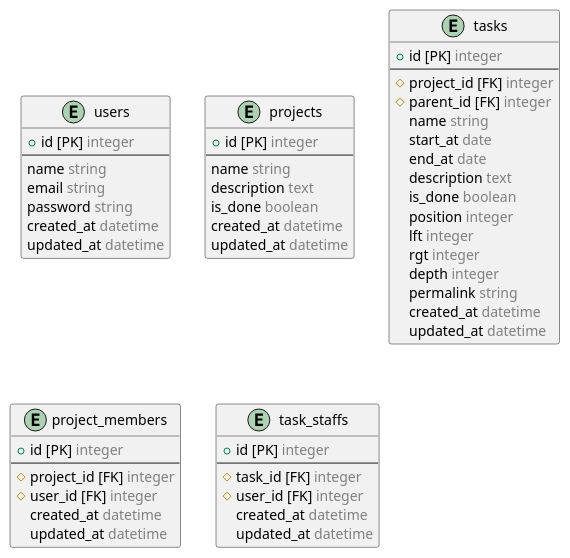
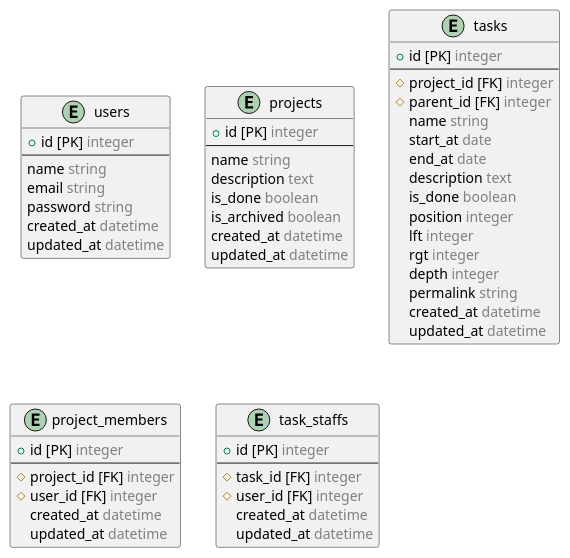
Before and after one commit to musashi-634/taskwith: the diagram in docs/erd/src/entity.pu, drawn with PlantUML. The commit also changed 3 other files, not shown here.

```diff
--- a/docs/erd/src/entity.pu
+++ b/docs/erd/src/entity.pu
@@ -1,60 +1,61 @@
 @startuml erd
 
   entity "users" {
     + id [PK] <color:gray>integer</color>
     --
     name <color:gray>string</color>
     email <color:gray>string</color>
     password <color:gray>string</color>
     created_at <color:gray>datetime</color>
     updated_at <color:gray>datetime</color>
   }
 
   entity "projects" {
     + id [PK] <color:gray>integer</color>
     --
     name <color:gray>string</color>
     description <color:gray>text</color>
     is_done <color:gray>boolean</color>
+    is_archived <color:gray>boolean</color>
     created_at <color:gray>datetime</color>
     updated_at <color:gray>datetime</color>
   }
 
   entity "tasks" {
     + id [PK] <color:gray>integer</color>
     --
     # project_id [FK] <color:gray>integer</color>
     # parent_id [FK] <color:gray>integer</color>
     name <color:gray>string</color>
     start_at <color:gray>date</color>
     end_at <color:gray>date</color>
     description <color:gray>text</color>
     is_done <color:gray>boolean</color>
     position <color:gray>integer</color>
     lft <color:gray>integer</color>
     rgt <color:gray>integer</color>
     depth <color:gray>integer</color>
     permalink <color:gray>string</color>
     created_at <color:gray>datetime</color>
     updated_at <color:gray>datetime</color>
   }
 
   entity "project_members" {
     + id [PK] <color:gray>integer</color>
     --
     # project_id [FK] <color:gray>integer</color>
     # user_id [FK] <color:gray>integer</color>
     created_at <color:gray>datetime</color>
     updated_at <color:gray>datetime</color>
   }
 
   entity "task_staffs" {
     + id [PK] <color:gray>integer</color>
     --
     # task_id [FK] <color:gray>integer</color>
     # user_id [FK] <color:gray>integer</color>
     created_at <color:gray>datetime</color>
     updated_at <color:gray>datetime</color>
   }
 
 @enduml
```
